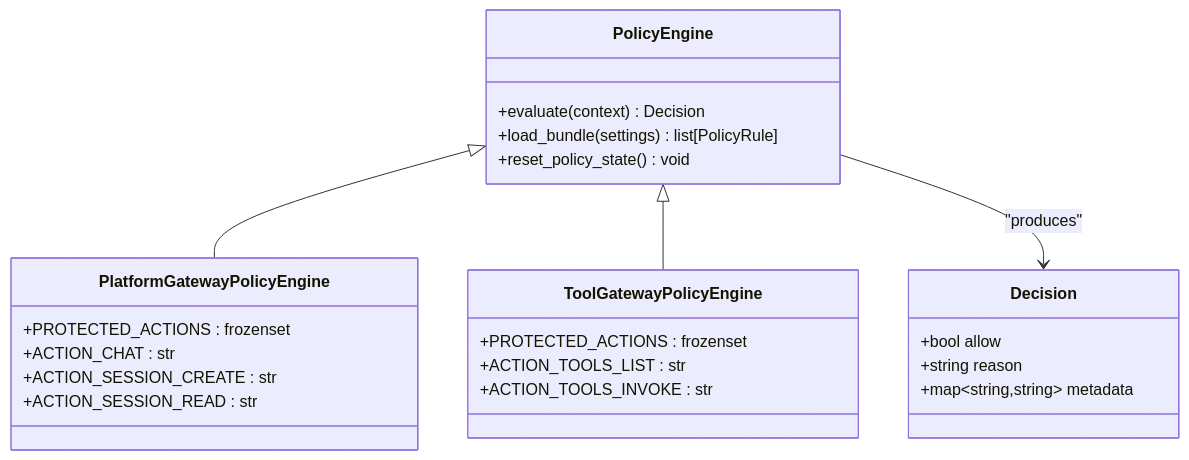
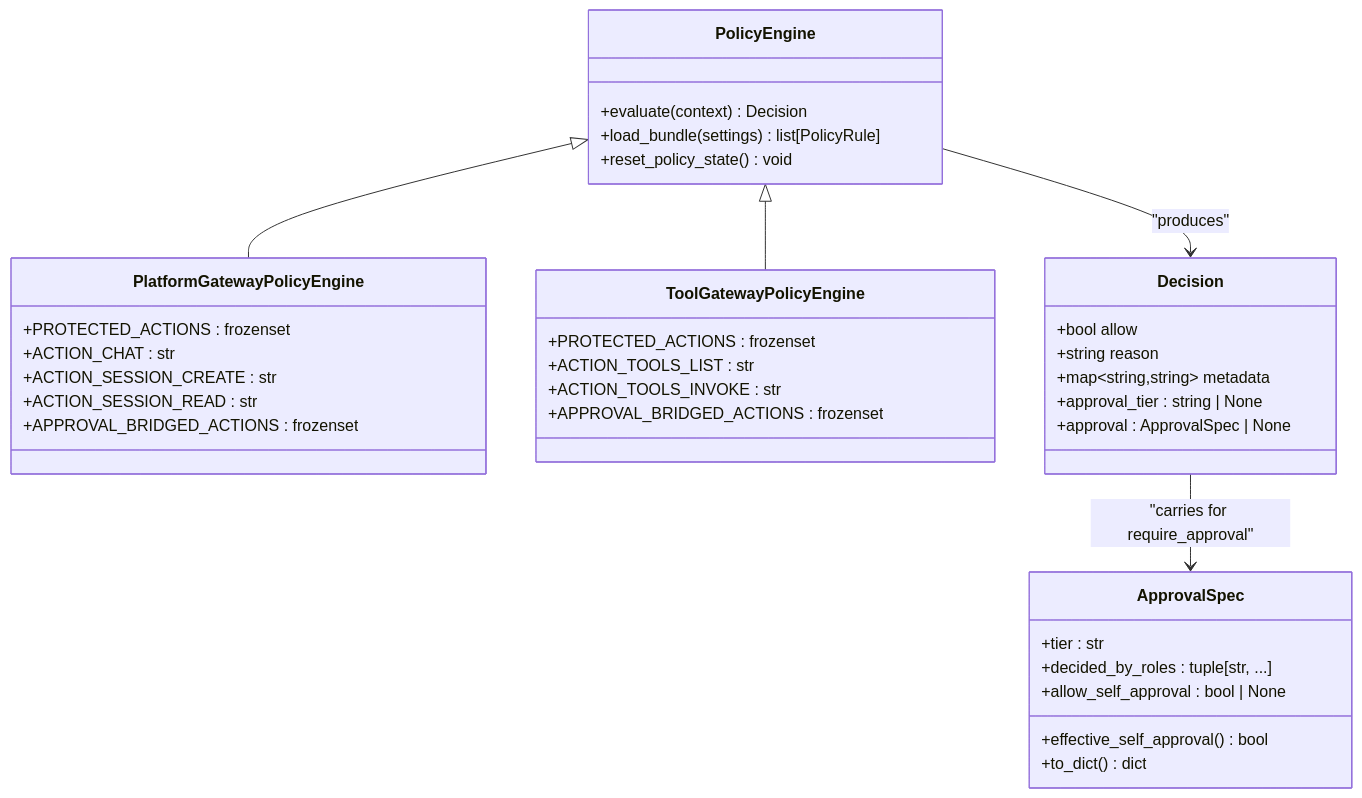
One commit to metasync/luban-aiops changed the third of 4 diagrams in .qoder/repowiki/en/content/Tool Gateway Service/Policy Engine and Enforcement.md. Above: the diagram before and after it, drawn with Mermaid. The commit also changed other lines of this file and 7 other files, not shown here.

````diff
--- a/.qoder/repowiki/en/content/Tool Gateway Service/Policy Engine and Enforcement.md
+++ b/.qoder/repowiki/en/content/Tool Gateway Service/Policy Engine and Enforcement.md
@@ -261,27 +300,39 @@
 ```mermaid
 classDiagram
 class PolicyEngine {
 +evaluate(context) Decision
 +load_bundle(settings) list[PolicyRule]
 +reset_policy_state() void
 }
 class PlatformGatewayPolicyEngine {
 +PROTECTED_ACTIONS : frozenset
 +ACTION_CHAT : str
 +ACTION_SESSION_CREATE : str
 +ACTION_SESSION_READ : str
++APPROVAL_BRIDGED_ACTIONS : frozenset
 }
 class ToolGatewayPolicyEngine {
 +PROTECTED_ACTIONS : frozenset
 +ACTION_TOOLS_LIST : str
 +ACTION_TOOLS_INVOKE : str
++APPROVAL_BRIDGED_ACTIONS : frozenset
+}
+class ApprovalSpec {
++tier : str
++decided_by_roles : tuple[str, ...]
++allow_self_approval : bool | None
++effective_self_approval() bool
++to_dict() dict
 }
 class Decision {
 +bool allow
 +string reason
 +map~string,string~ metadata
++approval_tier : string | None
++approval : ApprovalSpec | None
 }
 PolicyEngine <|-- PlatformGatewayPolicyEngine
 PolicyEngine <|-- ToolGatewayPolicyEngine
 PolicyEngine --> Decision : "produces"
+Decision --> ApprovalSpec : "carries for require_approval"
 ```
````
